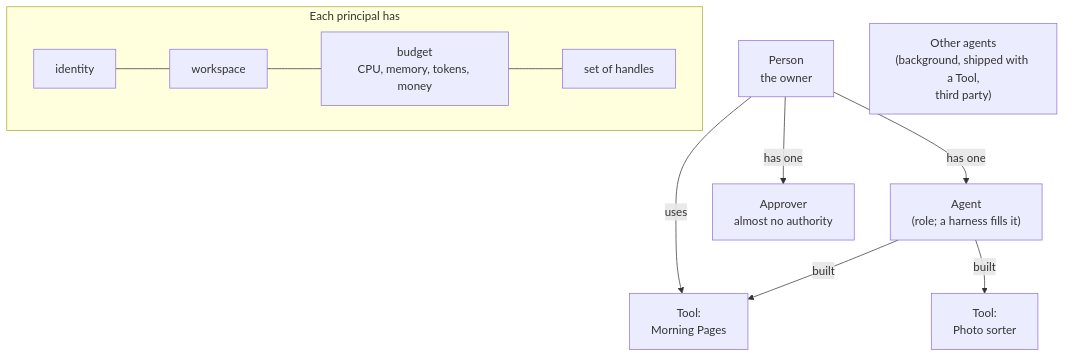
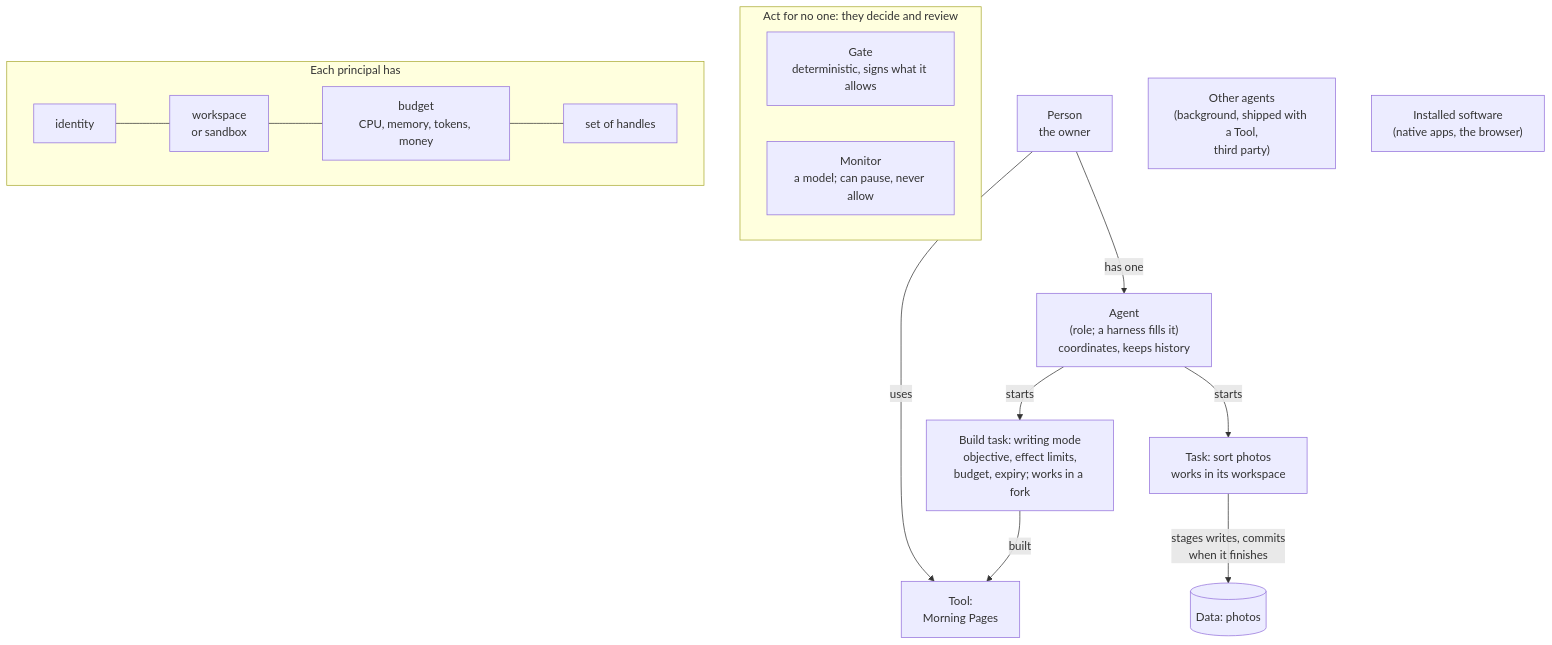
The first of 7 diagrams in docs/agent-first/design/capability-model.md (crowbaros/crowbaros), drawn with Mermaid before and after one commit. The commit also changed other lines of this file and 25 other files, not shown here.

````diff
--- a/docs/agent-first/design/capability-model.md
+++ b/docs/agent-first/design/capability-model.md
@@ -34,12 +57,18 @@
 ```mermaid
 flowchart TB
-    P["Person<br/>the owner"] -->|"has one"| AG["Agent<br/>(role; a harness fills it)"]
-    P -->|"has one"| APR["Approver<br/>almost no authority"]
-    AG -->|built| T1["Tool:<br/>Morning Pages"]
-    AG -->|built| T2["Tool:<br/>Photo sorter"]
+    P["Person<br/>the owner"] -->|"has one"| AG["Agent<br/>(role; a harness fills it)<br/>coordinates, keeps history"]
+    AG -->|starts| TK1["Build task: writing mode<br/>objective, effect limits,<br/>budget, expiry; works in a fork"]
+    AG -->|starts| TK2["Task: sort photos<br/>works in its workspace"]
+    TK1 -->|built| T1["Tool:<br/>Morning Pages"]
+    TK2 -->|"stages writes, commits<br/>when it finishes"| D2[("Data: photos")]
     P -->|uses| T1
     BG["Other agents<br/>(background, shipped with a Tool,<br/>third party)"]
+    N["Installed software<br/>(native apps, the browser)"]
+    subgraph DET["Act for no one: they decide and review"]
+        G["Gate<br/>deterministic, signs what it allows"]
+        MON["Monitor<br/>a model; can pause, never allow"]
+    end
     subgraph "Each principal has"
-        ID[identity] --- WS[workspace] --- BU[budget<br/>CPU, memory, tokens, money] --- CS[set of handles]
+        ID[identity] --- WS[workspace<br/>or sandbox] --- BU[budget<br/>CPU, memory, tokens, money] --- CS[set of handles]
     end
 ```
````
